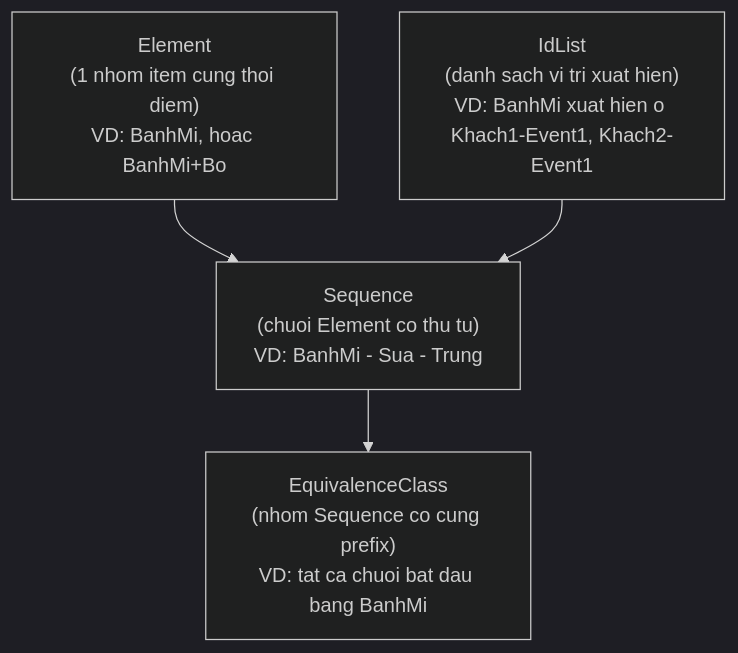
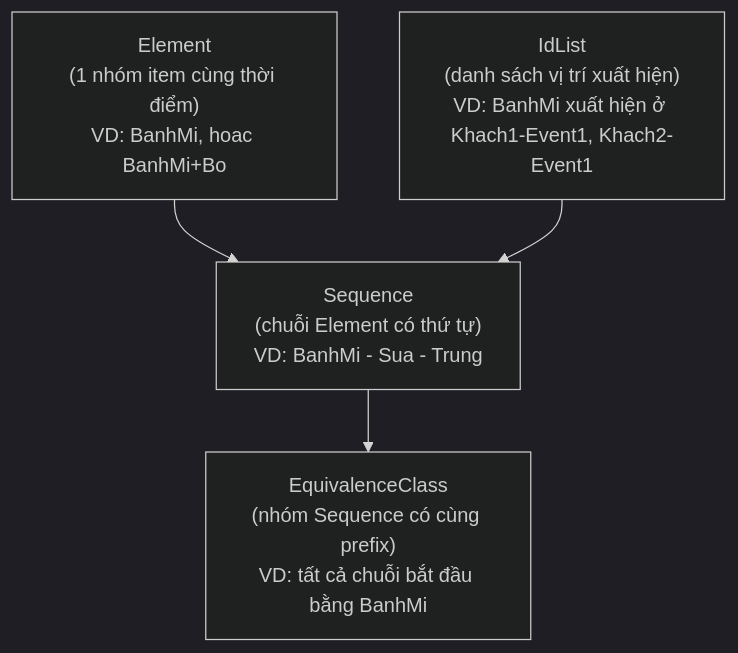
Before and after one commit to FinDaHuman/weka-spade: the second of 4 diagrams in spade_reproduction_guide.md, drawn with Mermaid (dark theme). The commit also changed other lines of this file and 2 other files, not shown here.

````diff
--- a/spade_reproduction_guide.md
+++ b/spade_reproduction_guide.md
@@ -157,6 +158,6 @@
 ```mermaid
 flowchart TD
-    A["Element\n(1 nhom item cung thoi diem)\nVD: BanhMi, hoac BanhMi+Bo"] --> B["Sequence\n(chuoi Element co thu tu)\nVD: BanhMi - Sua - Trung"]
-    C["IdList\n(danh sach vi tri xuat hien)\nVD: BanhMi xuat hien o Khach1-Event1, Khach2-Event1"] --> B
-    B --> D["EquivalenceClass\n(nhom Sequence co cung prefix)\nVD: tat ca chuoi bat dau bang BanhMi"]
+    A["Element\n(1 nhóm item cùng thời điểm)\nVD: BanhMi, hoac BanhMi+Bo"] --> B["Sequence\n(chuỗi Element có thứ tự)\nVD: BanhMi - Sua - Trung"]
+    C["IdList\n(danh sách vị trí xuất hiện)\nVD: BanhMi xuất hiện ở Khach1-Event1, Khach2-Event1"] --> B
+    B --> D["EquivalenceClass\n(nhóm Sequence có cùng prefix)\nVD: tất cả chuỗi bắt đầu bằng BanhMi"]
 ```
````
